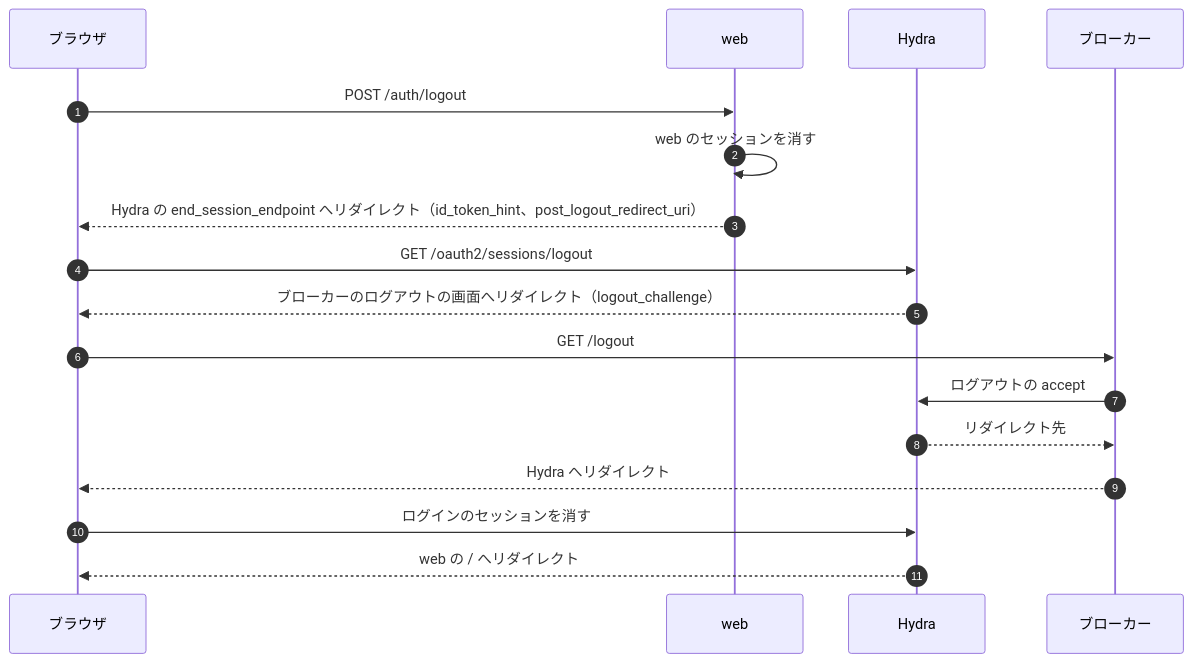
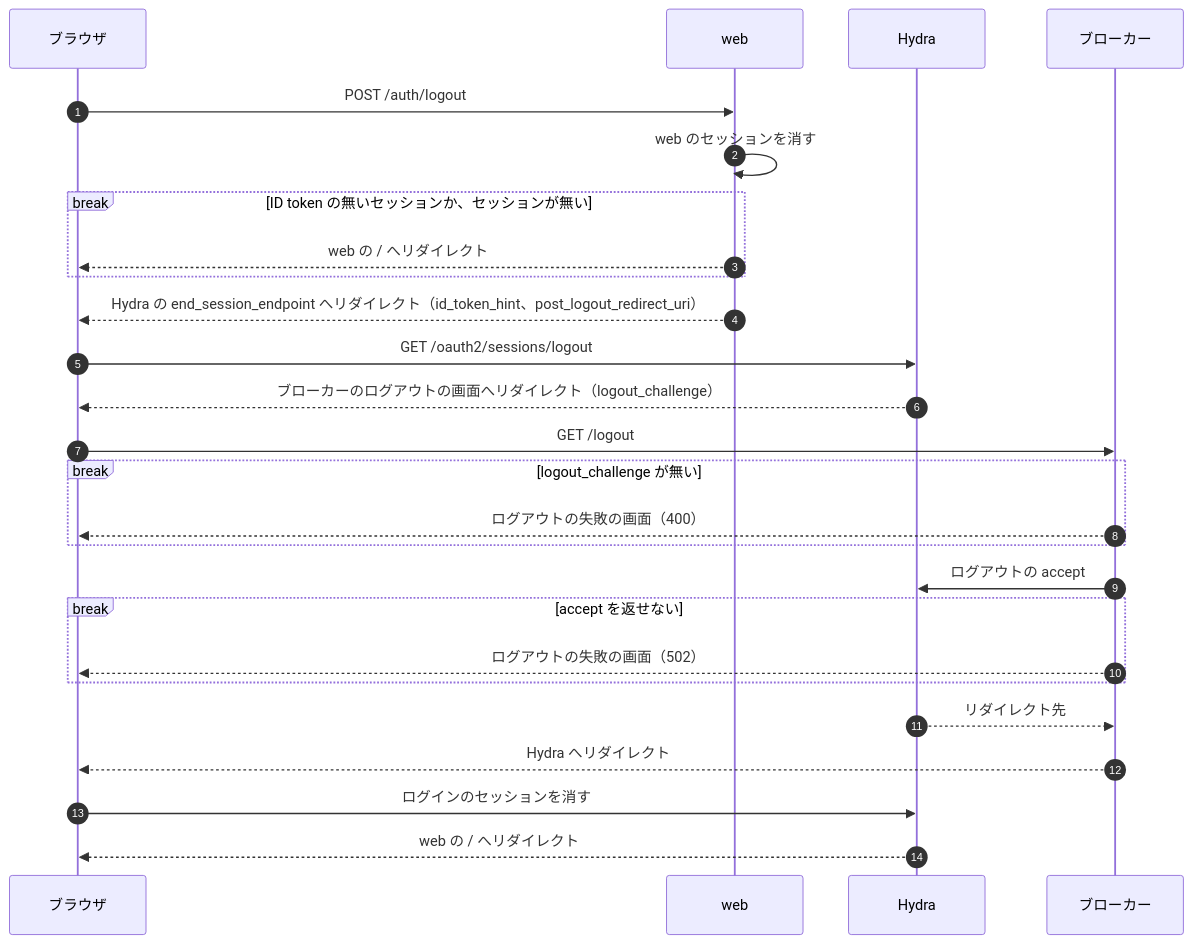
One commit to Fukuemon/buddy changed the eighth of 8 diagrams in services/broker/DesignDoc.md. Above: the diagram before and after it, drawn with Mermaid. The commit also changed other lines of this file, not shown here.

First line of the commit message:
docs(broker): ログインと登録とログアウトの図に、拒む道と呼び出し元への戻りを描く #428

````diff
--- a/services/broker/DesignDoc.md
+++ b/services/broker/DesignDoc.md
@@ -360,19 +419,28 @@
 ```mermaid
 sequenceDiagram
   autonumber
   participant B as ブラウザ
   participant W as web
   participant H as Hydra
   participant K as ブローカー
   B->>W: POST /auth/logout
   W->>W: web のセッションを消す
+  break ID token の無いセッションか、セッションが無い
+    W-->>B: web の / へリダイレクト
+  end
   W-->>B: Hydra の end_session_endpoint へリダイレクト（id_token_hint、post_logout_redirect_uri）
   B->>H: GET /oauth2/sessions/logout
   H-->>B: ブローカーのログアウトの画面へリダイレクト（logout_challenge）
   B->>K: GET /logout
+  break logout_challenge が無い
+    K-->>B: ログアウトの失敗の画面（400）
+  end
   K->>H: ログアウトの accept
+  break accept を返せない
+    K-->>B: ログアウトの失敗の画面（502）
+  end
   H-->>K: リダイレクト先
   K-->>B: Hydra へリダイレクト
   B->>H: ログインのセッションを消す
   H-->>B: web の / へリダイレクト
 ```
````
